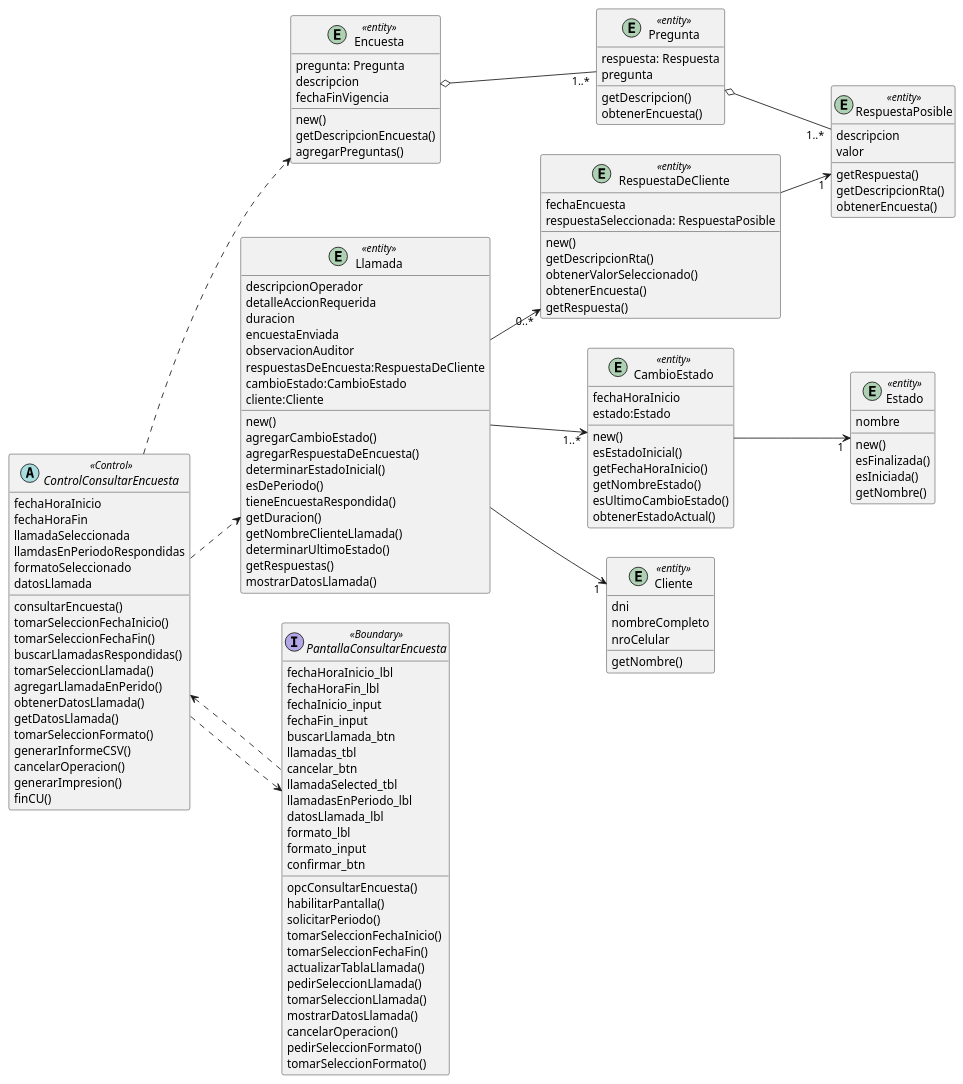
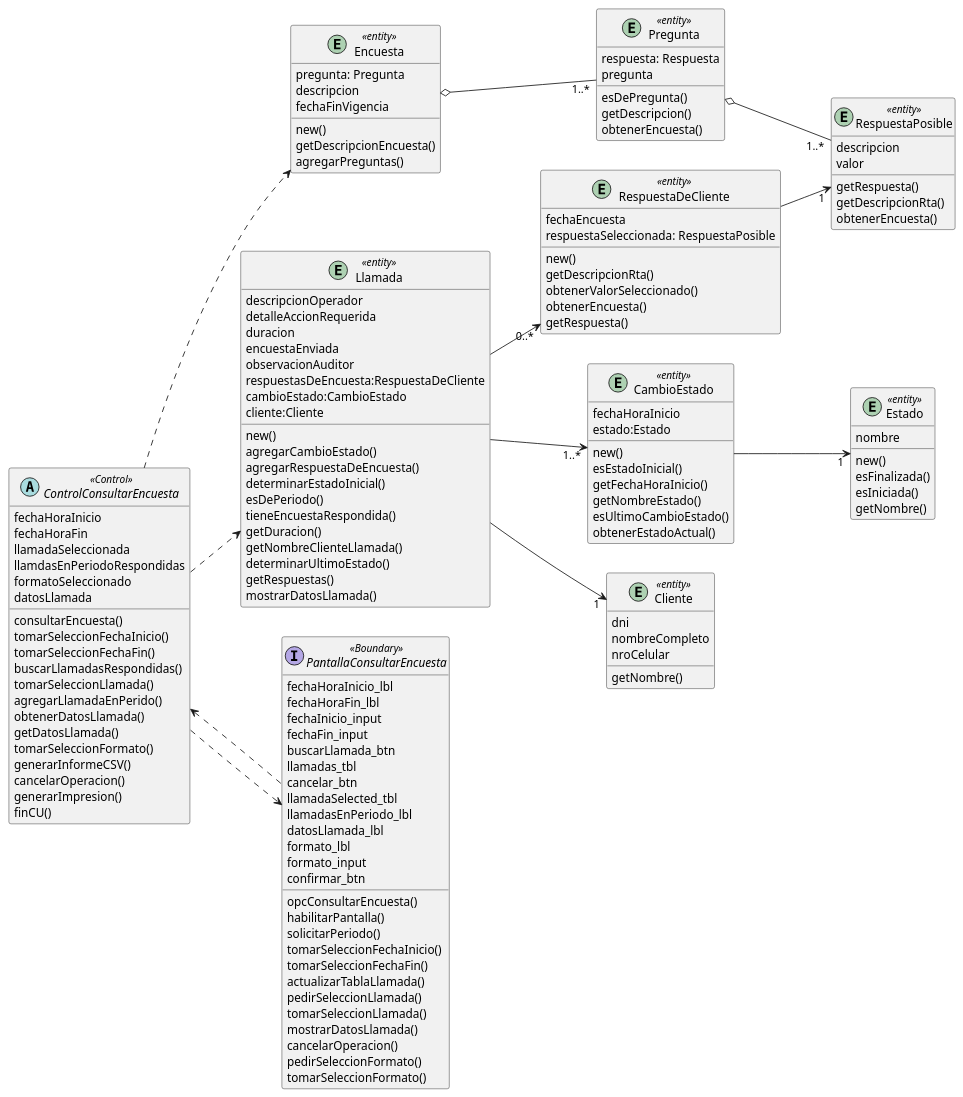
Before and after one commit to ReynaTeodoro/2023DSI: the diagram in PPAI/Sequence/cu44 classDiagram.puml, drawn with PlantUML. The commit also changed 13 other files, not shown here.

```diff
--- a/PPAI/Sequence/cu44 classDiagram.puml
+++ b/PPAI/Sequence/cu44 classDiagram.puml
@@ -1,166 +1,167 @@
 @startuml
 left to right direction
 
 entity Llamada <<entity>>{
 descripcionOperador
 detalleAccionRequerida
 duracion
 encuestaEnviada
 observacionAuditor
 respuestasDeEncuesta:RespuestaDeCliente
 cambioEstado:CambioEstado
 cliente:Cliente
 
 new()
 agregarCambioEstado()
 agregarRespuestaDeEncuesta()
 determinarEstadoInicial()
 esDePeriodo()
 tieneEncuestaRespondida()
 getDuracion()
 getNombreClienteLlamada()
 determinarUltimoEstado()
 getRespuestas()
 mostrarDatosLlamada()
 
 }
 
 entity RespuestaDeCliente <<entity>>{
 fechaEncuesta
 respuestaSeleccionada: RespuestaPosible
 
 new()
 getDescripcionRta()
 obtenerValorSeleccionado()
 obtenerEncuesta()
 getRespuesta()
 }
 
 entity RespuestaPosible <<entity>>{
 descripcion
 valor
 getRespuesta()
 getDescripcionRta()
 obtenerEncuesta()
 }
 
 entity Pregunta<<entity>>{
 respuesta: Respuesta
 pregunta
 
+esDePregunta()
 getDescripcion()
 obtenerEncuesta()
 }
 
 entity Encuesta<<entity>>{
 pregunta: Pregunta
 descripcion
 fechaFinVigencia
 
 new()
 getDescripcionEncuesta()
 agregarPreguntas()
 }
 
 entity CambioEstado <<entity>>{
 fechaHoraInicio
 estado:Estado
 
 new()
 esEstadoInicial()
 getFechaHoraInicio()
 getNombreEstado()
 esUltimoCambioEstado()
 obtenerEstadoActual()
 }
 
 entity Estado <<entity>>{
 nombre
 
 new()
 esFinalizada()
 esIniciada()
 getNombre()
 }
 
 entity Cliente <<entity>>{
 dni
 nombreCompleto
 nroCelular
 
 getNombre()
 }
 
 interface PantallaConsultarEncuesta<<Boundary>>{
 fechaHoraInicio_lbl
 fechaHoraFin_lbl
 fechaInicio_input
 fechaFin_input
 buscarLlamada_btn
 llamadas_tbl
 cancelar_btn
 llamadaSelected_tbl
 llamadasEnPeriodo_lbl
 datosLlamada_lbl
 formato_lbl
 formato_input
 confirmar_btn
 
 
 
 opcConsultarEncuesta()
 habilitarPantalla()
 solicitarPeriodo()
 tomarSeleccionFechaInicio()
 tomarSeleccionFechaFin()
 actualizarTablaLlamada()
 pedirSeleccionLlamada()
 tomarSeleccionLlamada()
 mostrarDatosLlamada()
 cancelarOperacion()
 pedirSeleccionFormato()
 tomarSeleccionFormato()
 }
 
 
 abstract ControlConsultarEncuesta<<Control>>{
 fechaHoraInicio
 fechaHoraFin
 llamadaSeleccionada
 llamdasEnPeriodoRespondidas
 formatoSeleccionado
 datosLlamada
 
 consultarEncuesta()
 tomarSeleccionFechaInicio()
 tomarSeleccionFechaFin()
 buscarLlamadasRespondidas()
 tomarSeleccionLlamada()
 agregarLlamadaEnPerido()
 obtenerDatosLlamada()
 getDatosLlamada()
 tomarSeleccionFormato()
 generarInformeCSV()
 cancelarOperacion()
 generarImpresion()
 finCU()
 }
 
 Llamada -->"0..*" RespuestaDeCliente
 RespuestaDeCliente -->"1" RespuestaPosible
 Encuesta o--"1..*" Pregunta 
 Pregunta o--"1..*" RespuestaPosible
 
 Llamada -->"1..*"CambioEstado
 CambioEstado-->"1"Estado
 
 Llamada -->"1"Cliente
 
 ControlConsultarEncuesta ..> PantallaConsultarEncuesta
 ControlConsultarEncuesta <.. PantallaConsultarEncuesta
 
 ControlConsultarEncuesta ..> Llamada
 ControlConsultarEncuesta ..> Encuesta
 
 
 @enduml
```
